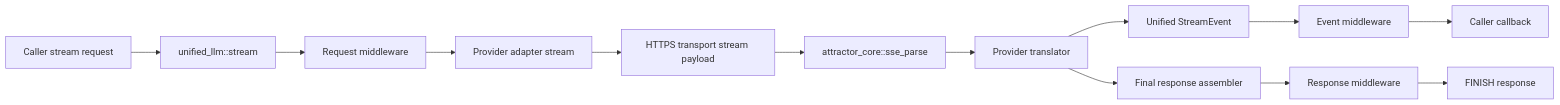
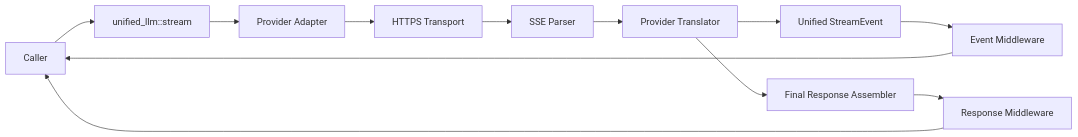
The fourth of 5 diagrams in docs/sprints/SPRINT-005-comprehensive-implementation-plan.md (jaytaylor/attractor-tcl), drawn with Mermaid before and after one commit. The commit also changed other lines of this file, not shown here.

````diff
--- a/docs/sprints/SPRINT-005-comprehensive-implementation-plan.md
+++ b/docs/sprints/SPRINT-005-comprehensive-implementation-plan.md
@@ -679,15 +667,14 @@
 ```mermaid
 flowchart LR
-  A[Caller stream request] --> B[unified_llm::stream]
-  B --> C[Request middleware]
-  C --> D[Provider adapter stream]
-  D --> E[HTTPS transport stream payload]
-  E --> F[attractor_core::sse_parse]
-  F --> G[Provider translator]
-  G --> H[Unified StreamEvent]
-  H --> I[Event middleware]
-  I --> J[Caller callback]
-  G --> K[Final response assembler]
-  K --> L[Response middleware]
-  L --> M[FINISH response]
+  A[Caller] --> B[unified_llm::stream]
+  B --> C[Provider Adapter]
+  C --> D[HTTPS Transport]
+  D --> E[SSE Parser]
+  E --> F[Provider Translator]
+  F --> G[Unified StreamEvent]
+  G --> H[Event Middleware]
+  H --> A
+  F --> I[Final Response Assembler]
+  I --> J[Response Middleware]
+  J --> A
 ```
````
